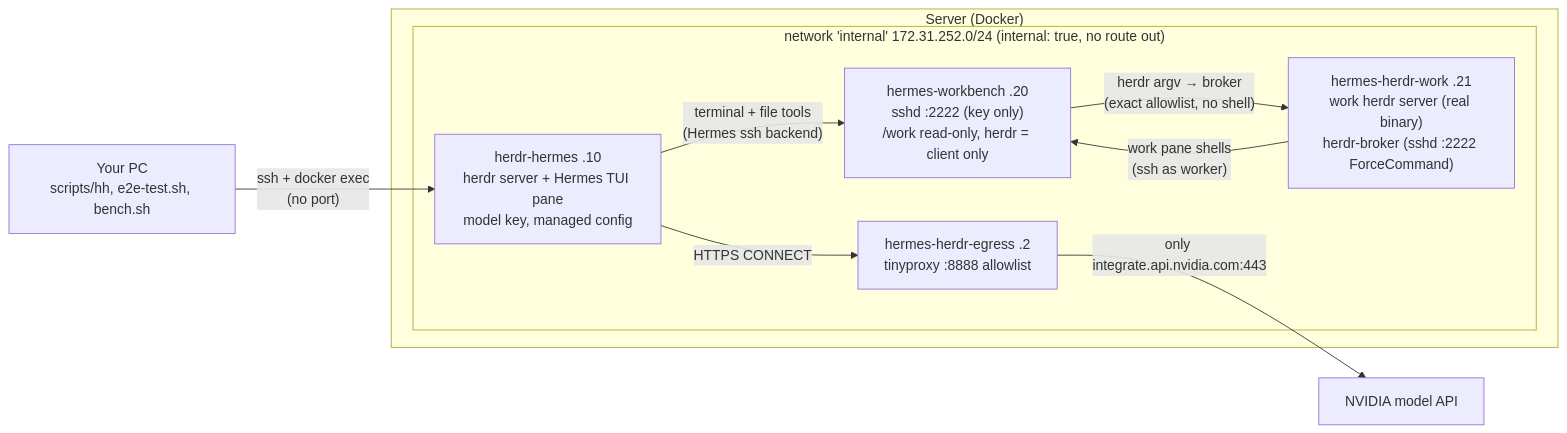
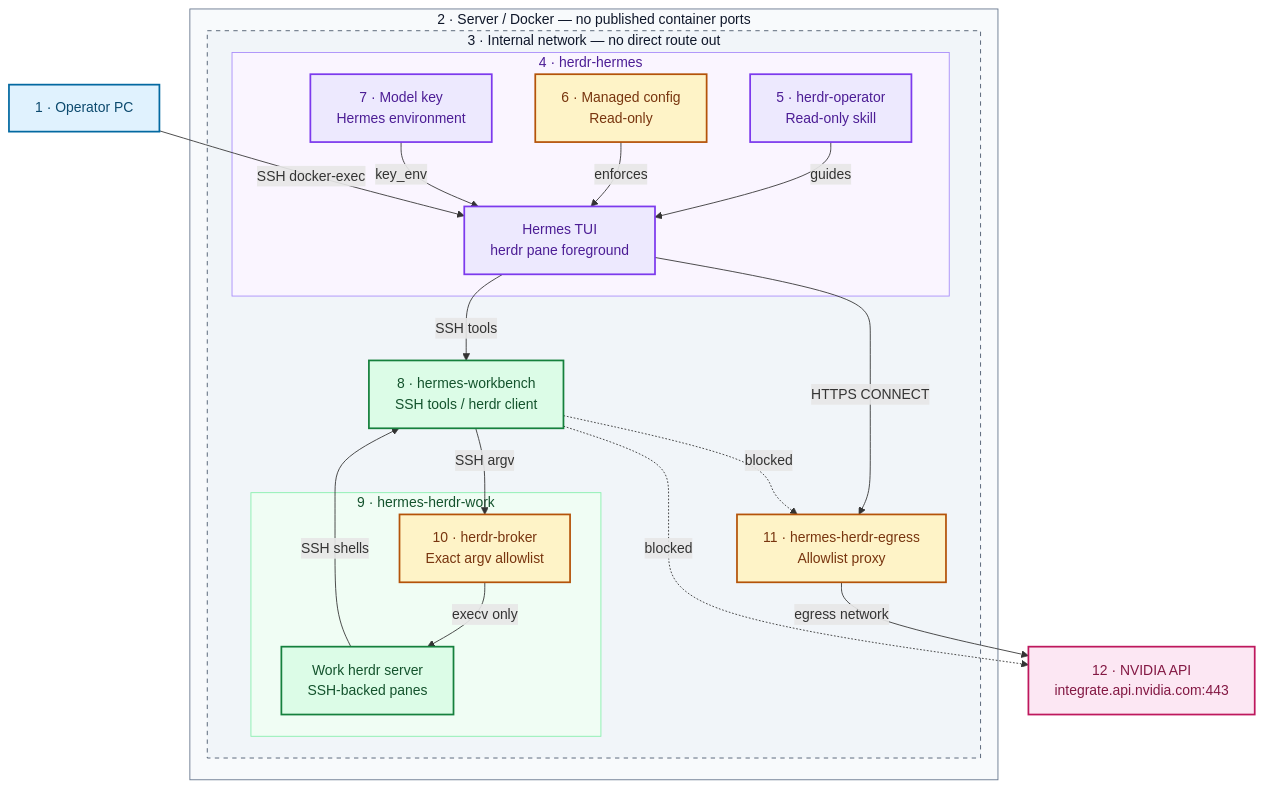
Before and after one commit to ch-muhammad-asim/OpenDevOps: the first of 2 diagrams in herdr/hermes-herdr/README.md, drawn with Mermaid. The commit also changed other lines of this file, not shown here.

Commit message:
Redraw the herdr + Hermes architecture diagram with trust zones, a component legend and a command sequence diagram

````diff
--- a/herdr/hermes-herdr/README.md
+++ b/herdr/hermes-herdr/README.md
@@ -18,17 +18,47 @@
 ```mermaid
-flowchart LR
-  PC["Your PC<br/>scripts/hh, e2e-test.sh, bench.sh"] -- "ssh + docker exec<br/>(no port)" --> A
-  subgraph server["Server (Docker)"]
-    subgraph internal["network 'internal' 172.31.252.0/24 (internal: true, no route out)"]
-      A["herdr-hermes .10<br/>herdr server + Hermes TUI pane<br/>model key, managed config"]
-      B["hermes-workbench .20<br/>sshd :2222 (key only)<br/>/work read-only, herdr = client only"]
-      W["hermes-herdr-work .21<br/>work herdr server (real binary)<br/>herdr-broker (sshd :2222 ForceCommand)"]
-      E["hermes-herdr-egress .2<br/>tinyproxy :8888 allowlist"]
+flowchart TB
+  PC["1 · Operator PC"]
+  subgraph HOST["2 · Server / Docker — no published container ports"]
+    subgraph NET["3 · Internal network — no direct route out"]
+      subgraph AGENT["4 · herdr-hermes"]
+        H["Hermes TUI<br/>herdr pane foreground"]
+        S["5 · herdr-operator<br/>Read-only skill"]
+        C["6 · Managed config<br/>Read-only"]
+        K["7 · Model key<br/>Hermes environment"]
+        S -->|guides| H
+        C -->|enforces| H
+        K -->|key_env| H
+      end
+      B["8 · hermes-workbench<br/>SSH tools / herdr client"]
+      subgraph WORK["9 · hermes-herdr-work"]
+        R["10 · herdr-broker<br/>Exact argv allowlist"]
+        W["Work herdr server<br/>SSH-backed panes"]
+        R -->|execv only| W
+      end
+      E["11 · hermes-herdr-egress<br/>Allowlist proxy"]
+      H -->|SSH tools| B
+      B -->|SSH argv| R
+      W -->|SSH shells| B
+      H -->|HTTPS CONNECT| E
+      B -. blocked .-> E
     end
   end
-  A -- "terminal + file tools<br/>(Hermes ssh backend)" --> B
-  B -- "herdr argv → broker<br/>(exact allowlist, no shell)" --> W
-  W -- "work pane shells<br/>(ssh as worker)" --> B
-  A -- "HTTPS CONNECT" --> E
-  E -- "only integrate.api.nvidia.com:443" --> NV["NVIDIA model API"]
+  PC -->|SSH docker-exec| H
+  E -->|egress network| API["12 · NVIDIA API<br/>integrate.api.nvidia.com:443"]
+  B -. blocked .-> API
+
+  classDef operator fill:#e0f2fe,stroke:#0369a1,color:#0c4a6e,stroke-width:2px;
+  classDef agent fill:#ede9fe,stroke:#7c3aed,color:#4c1d95,stroke-width:2px;
+  classDef enforcement fill:#fef3c7,stroke:#b45309,color:#78350f,stroke-width:2px;
+  classDef isolated fill:#dcfce7,stroke:#15803d,color:#14532d,stroke-width:2px;
+  classDef external fill:#fce7f3,stroke:#be185d,color:#831843,stroke-width:2px;
+  class PC operator;
+  class H,S,K agent;
+  class C,R,E enforcement;
+  class B,W isolated;
+  class API external;
+  style HOST fill:#f8fafc,stroke:#64748b,color:#0f172a
+  style NET fill:#f1f5f9,stroke:#475569,color:#0f172a,stroke-dasharray:5 5
+  style AGENT fill:#faf5ff,stroke:#a78bfa,color:#4c1d95
+  style WORK fill:#f0fdf4,stroke:#86efac,color:#14532d
 ```
````
